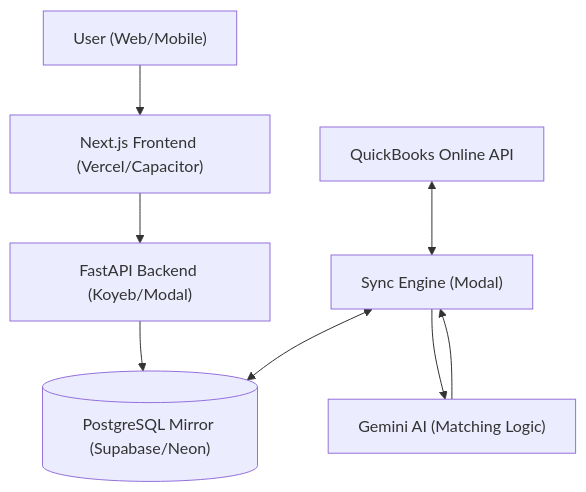
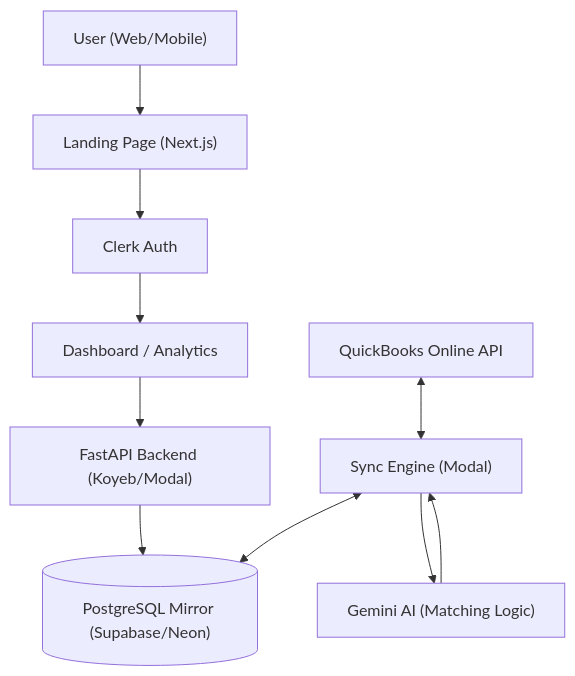
Before and after one commit to Drestat/Automatch-Books-AI: the diagram in PLAN.md, drawn with Mermaid. The commit also changed other lines of this file and 18 other files, not shown here.

````diff
--- a/PLAN.md
+++ b/PLAN.md
@@ -18,12 +24,14 @@
 ```mermaid
 graph TD
-    User["User (Web/Mobile)"] --> Frontend["Next.js Frontend (Vercel/Capacitor)"]
-    Frontend --> API["FastAPI Backend (Koyeb/Modal)"]
+    User["User (Web/Mobile)"] --> Public["Landing Page (Next.js)"]
+    Public --> Auth["Clerk Auth"]
+    Auth --> Protected["Dashboard / Analytics"]
+    Protected --> API["FastAPI Backend (Koyeb/Modal)"]
     API --> DB[("PostgreSQL Mirror (Supabase/Neon)")]
     
     QBO["QuickBooks Online API"] <--> SyncEngine["Sync Engine (Modal)"]
     SyncEngine <--> DB
     
     SyncEngine --> Gemini["Gemini AI (Matching Logic)"]
     Gemini --> SyncEngine
 ```
````
